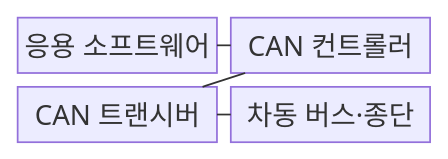
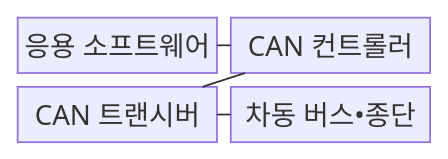
The first of 2 diagrams in src/content/docs/notes/02-hardware/066_can_bus.md (agnusdei1207/knowledge-base), drawn with Mermaid before and after one commit. The commit also changed other lines of this file and 953 other files, not shown here.

````diff
--- a/src/content/docs/notes/02-hardware/066_can_bus.md
+++ b/src/content/docs/notes/02-hardware/066_can_bus.md
@@ -68,11 +68,11 @@
 ```mermaid
 block
   columns 2
   A["응용 소프트웨어"]
   B["CAN 컨트롤러"]
   C["CAN 트랜시버"]
-  D["차동 버스·종단"]
+  D["차동 버스•종단"]
   A --- B
   B --- C
   C --- D
 ```
````
